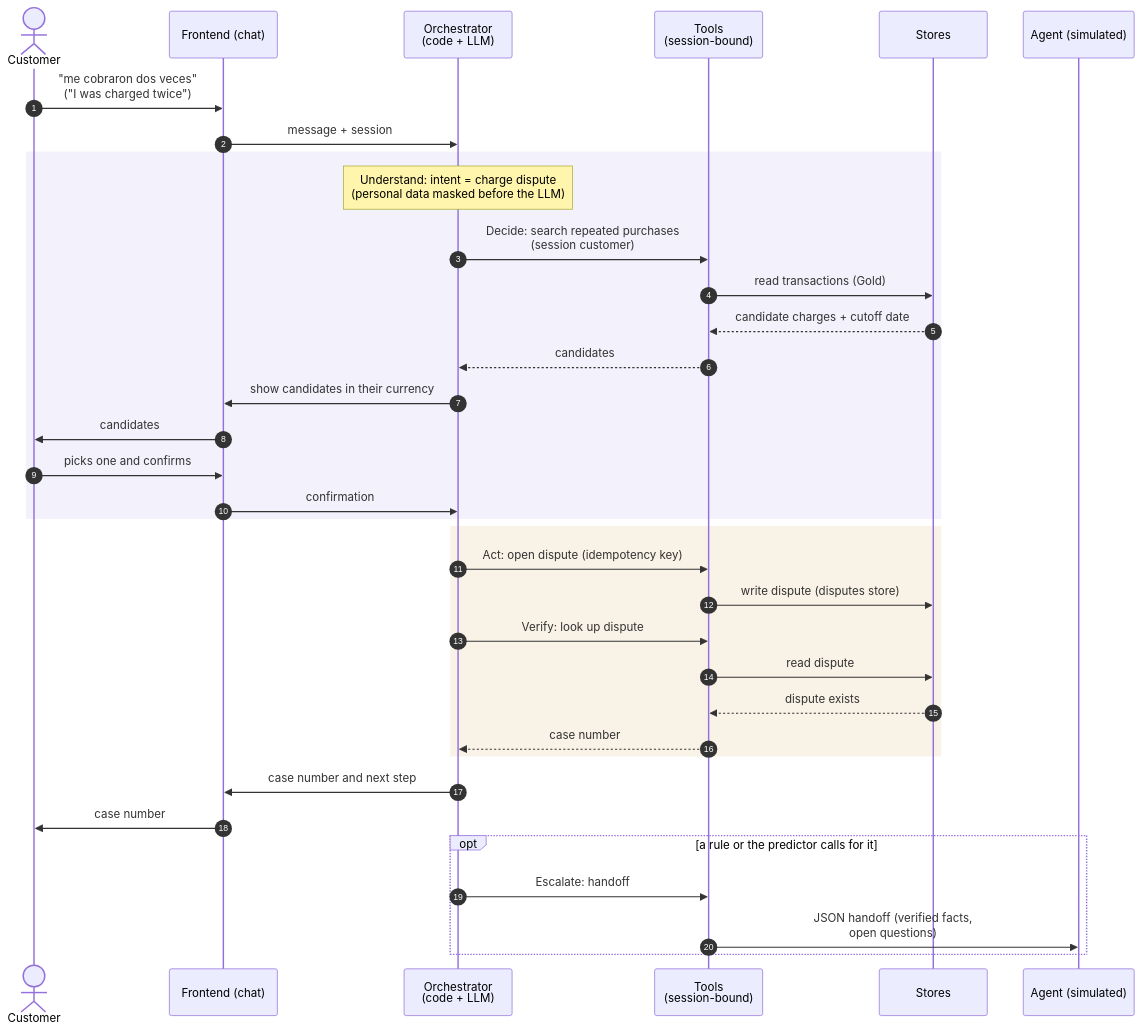
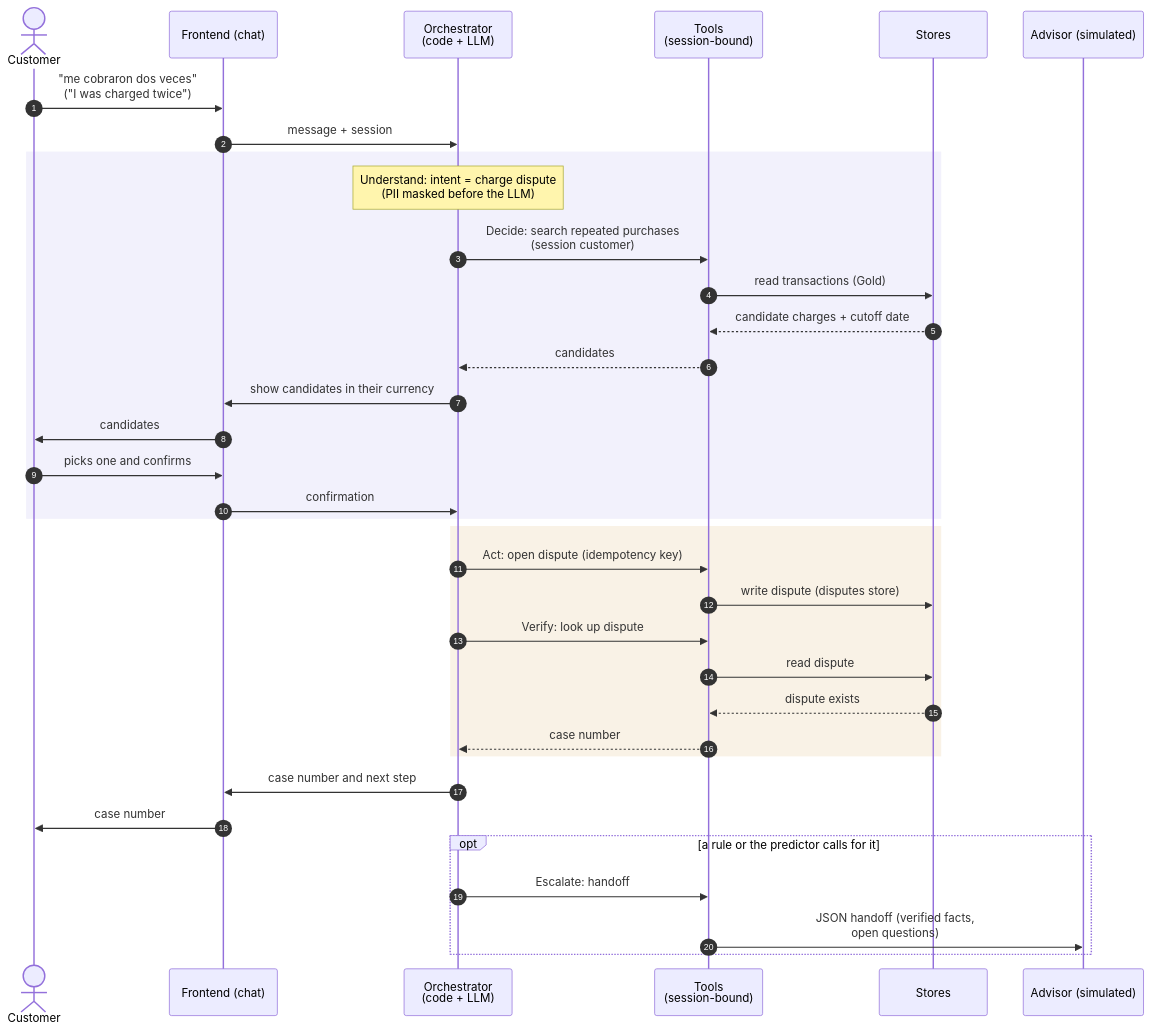
One commit to rdorta27/factored-hackathon-2026-sentinel-engine changed the fourth of 4 diagrams in docs/understand/architecture.md. Above: the diagram before and after it, drawn with Mermaid. The commit also changed other lines of this file and 16 other files, not shown here.

First line of the commit message:
docs: separate advisor from agent, stages from layers, and settle PII wording

````diff
--- a/docs/understand/architecture.md
+++ b/docs/understand/architecture.md
@@ -131,38 +131,38 @@
 ```mermaid
 sequenceDiagram
     autonumber
     actor C as Customer
     participant F as Frontend (chat)
     participant O as Orchestrator<br/>(code + LLM)
     participant T as Tools<br/>(session-bound)
     participant S as Stores
-    participant A as Agent (simulated)
+    participant A as Advisor (simulated)
 
     C->>F: "me cobraron dos veces"<br/>("I was charged twice")
     F->>O: message + session
     rect rgba(91, 79, 214, 0.08)
-    Note over O: Understand: intent = charge dispute<br/>(personal data masked before the LLM)
+    Note over O: Understand: intent = charge dispute<br/>(PII masked before the LLM)
     O->>T: Decide: search repeated purchases<br/>(session customer)
     T->>S: read transactions (Gold)
     S-->>T: candidate charges + cutoff date
     T-->>O: candidates
     O->>F: show candidates in their currency
     F->>C: candidates
     C->>F: picks one and confirms
     F->>O: confirmation
     end
     rect rgba(199, 125, 18, 0.10)
     O->>T: Act: open dispute (idempotency key)
     T->>S: write dispute (disputes store)
     O->>T: Verify: look up dispute
     T->>S: read dispute
     S-->>T: dispute exists
     T-->>O: case number
     end
     O->>F: case number and next step
     F->>C: case number
     opt a rule or the predictor calls for it
         O->>T: Escalate: handoff
         T->>A: JSON handoff (verified facts,<br/>open questions)
     end
 ```
````
